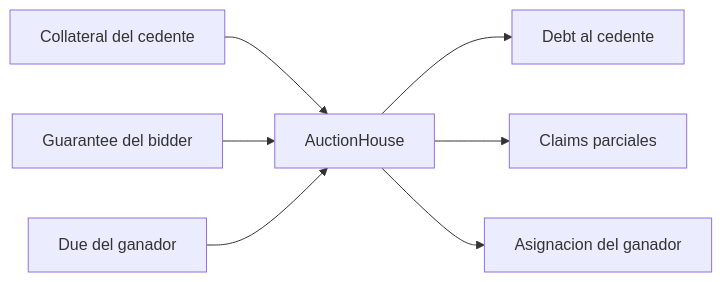
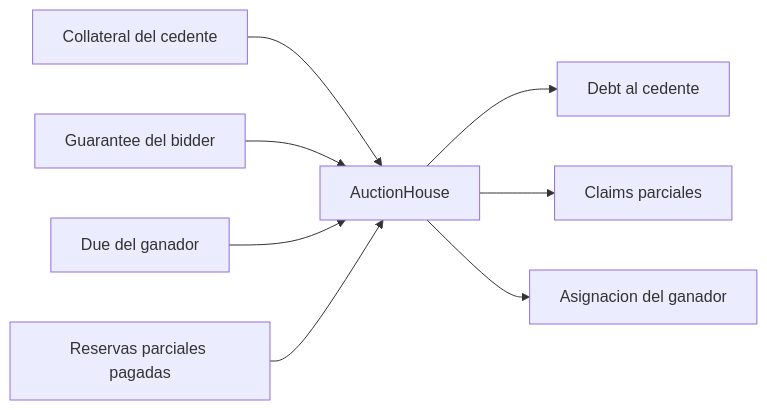
Before and after one commit to SolguardLabs/CarmineAuctionProtocol: the diagram in docs/economic-model.md, drawn with Mermaid. The commit also changed other lines of this file and 13 other files, not shown here.

````diff
--- a/docs/economic-model.md
+++ b/docs/economic-model.md
@@ -20,9 +20,10 @@
 ```mermaid
 flowchart LR
     C["Collateral del cedente"] --> H["AuctionHouse"]
     D["Guarantee del bidder"] --> H
     W["Due del ganador"] --> H
+    P["Reservas parciales pagadas"] --> H
     H --> S["Debt al cedente"]
-    H --> P["Claims parciales"]
+    H --> Q["Claims parciales"]
     H --> G["Asignacion del ganador"]
 ```
````
